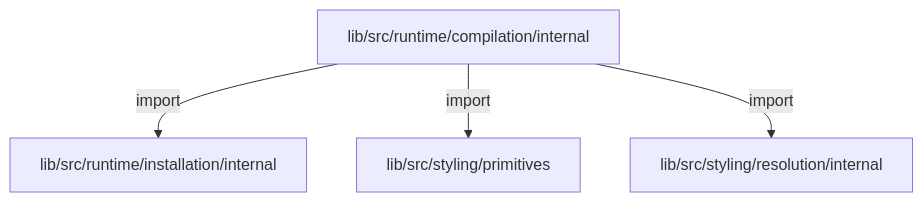
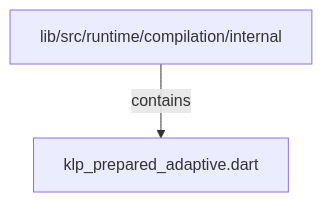
The second of 2 diagrams in docs/architecture/src/runtime/compilation/internal/README.md (MiuDog/Kallopis), drawn with Mermaid before and after one commit. The commit also changed other lines of this file and 9688 other files, not shown here.

Commit message:
Prepare isolated Flow F2 peer baseline

````diff
--- a/docs/architecture/src/runtime/compilation/internal/README.md
+++ b/docs/architecture/src/runtime/compilation/internal/README.md
@@ -40,10 +38,6 @@
 ```mermaid
 flowchart TD
 	n0["lib/src/runtime/compilation/internal"]
-	n1["lib/src/runtime/installation/internal"]
-	n2["lib/src/styling/primitives"]
-	n3["lib/src/styling/resolution/internal"]
-	n0 -->|"import"| n1
-	n0 -->|"import"| n2
-	n0 -->|"import"| n3
+	n1["klp_prepared_adaptive.dart"]
+	n0 -->|"contains"| n1
 ```
````
